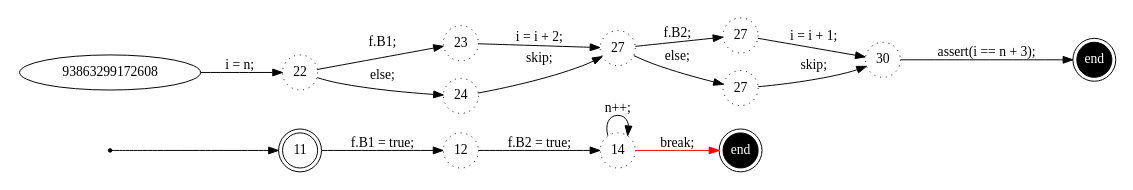
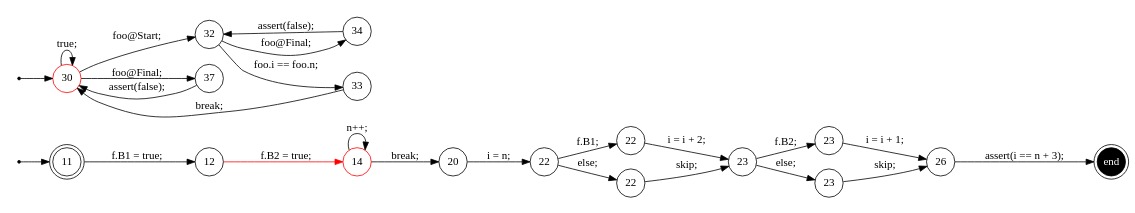
Before and after one commit to samilazregsuidi/Daedalux: the diagram in trace/3.dot, drawn with Graphviz. The commit also changed 63 other files, not shown here.

```diff
--- a/trace/3.dot
+++ b/trace/3.dot
@@ -1,32 +1,48 @@
 digraph finite_state_machine {
 	rankdir=LR
 	size="8,5"
-	93863299180128 [label = 11, shape = doublecircle, fixedsize = true]; 
-	s93863299180128 [shape = point];
-	e93863299171808 [shape = doublecircle, fixedsize = true, style = filled, fillcolor = black, fontcolor = white,  label = end];
-	e93863299175792 [shape = doublecircle, fixedsize = true, style = filled, fillcolor = black, fontcolor = white,  label = end];
-	 93863299171728 [label = 12, shape = circle, fixedsize = true , style = dotted];
-	 93863299171808 [label = 14, shape = circle, fixedsize = true , style = dotted];
-	 93863299172928 [label = 22, shape = circle, fixedsize = true , style = dotted];
-	 93863299173728 [label = 23, shape = circle, fixedsize = true , style = dotted];
-	 93863299174448 [label = 24, shape = circle, fixedsize = true , style = dotted];
-	 93863299174240 [label = 27, shape = circle, fixedsize = true , style = dotted];
-	 93863299175280 [label = 27, shape = circle, fixedsize = true , style = dotted];
-	 93863299176000 [label = 27, shape = circle, fixedsize = true , style = dotted];
-	 93863299175792 [label = 30, shape = circle, fixedsize = true , style = dotted];
-	s93863299180128 -> 93863299180128;
-	93863299180128 -> 93863299171728 [ label = "f.B1 = true; "];
-	93863299171728 -> 93863299171808 [ label = "f.B2 = true; "];
-	93863299171808 -> e93863299171808 [color = red, label = "break; "];
-	93863299171808 -> 93863299171808 [ label = "n++; "];
-	93863299172608 -> 93863299172928 [ label = "i = n; "];
-	93863299172928 -> 93863299173728 [ label = "f.B1; "];
-	93863299173728 -> 93863299174240 [ label = "i = i + 2; "];
-	93863299172928 -> 93863299174448 [ label = "else; "];
-	93863299174448 -> 93863299174240 [ label = "skip; "];
-	93863299174240 -> 93863299175280 [ label = "f.B2; "];
-	93863299175280 -> 93863299175792 [ label = "i = i + 1; "];
-	93863299174240 -> 93863299176000 [ label = "else; "];
-	93863299176000 -> 93863299175792 [ label = "skip; "];
-	93863299175792 -> e93863299175792 [ label = "assert(i == n + 3); "];
+	93824993311008 [label = 11, shape = doublecircle, fixedsize = true]; 
+	s93824993311008 [shape = point];
+	93824993307216 [label = 30, shape = doublecircle, color = red, fixedsize = true]; 
+	s93824993307216 [shape = point];
+	e93824993306544 [shape = doublecircle, fixedsize = true, style = filled, fillcolor = black, fontcolor = white,  label = end];
+	 93824993312480 [label = 12, shape = circle, fixedsize = true ];
+	 93824993302560 [label = 14, shape = circle, color = red, fixedsize = true ];
+	 93824993303360 [label = 20, shape = circle, fixedsize = true ];
+	 93824993303680 [label = 22, shape = circle, fixedsize = true ];
+	 93824993304480 [label = 22, shape = circle, fixedsize = true ];
+	 93824993305200 [label = 22, shape = circle, fixedsize = true ];
+	 93824993304992 [label = 23, shape = circle, fixedsize = true ];
+	 93824993306032 [label = 23, shape = circle, fixedsize = true ];
+	 93824993306752 [label = 23, shape = circle, fixedsize = true ];
+	 93824993306544 [label = 26, shape = circle, fixedsize = true ];
+	 93824993307216 [label = 30, shape = circle, color = red, fixedsize = true ];
+	 93824993307984 [label = 32, shape = circle, fixedsize = true ];
+	 93824993308816 [label = 33, shape = circle, fixedsize = true ];
+	 93824993309536 [label = 34, shape = circle, fixedsize = true ];
+	 93824993310048 [label = 37, shape = circle, fixedsize = true ];
+	s93824993311008 -> 93824993311008;
+	s93824993307216 -> 93824993307216;
+	93824993311008 -> 93824993312480 [ label = "f.B1 = true; "];
+	93824993312480 -> 93824993302560 [color = red, label = "f.B2 = true; "];
+	93824993302560 -> 93824993303360 [ label = "break; "];
+	93824993302560 -> 93824993302560 [ label = "n++; "];
+	93824993303360 -> 93824993303680 [ label = "i = n; "];
+	93824993303680 -> 93824993304480 [ label = "f.B1; "];
+	93824993304480 -> 93824993304992 [ label = "i = i + 2; "];
+	93824993303680 -> 93824993305200 [ label = "else; "];
+	93824993305200 -> 93824993304992 [ label = "skip; "];
+	93824993304992 -> 93824993306032 [ label = "f.B2; "];
+	93824993306032 -> 93824993306544 [ label = "i = i + 1; "];
+	93824993304992 -> 93824993306752 [ label = "else; "];
+	93824993306752 -> 93824993306544 [ label = "skip; "];
+	93824993306544 -> e93824993306544 [ label = "assert(i == n + 3); "];
+	93824993307216 -> 93824993307984 [ label = "foo@Start; "];
+	93824993307984 -> 93824993308816 [ label = "foo.i == foo.n; "];
+	93824993308816 -> 93824993307216 [ label = "break; "];
+	93824993307984 -> 93824993309536 [ label = "foo@Final; "];
+	93824993309536 -> 93824993307984 [ label = "assert(false); "];
+	93824993307216 -> 93824993310048 [ label = "foo@Final; "];
+	93824993310048 -> 93824993307216 [ label = "assert(false); "];
+	93824993307216 -> 93824993307216 [ label = "true; "];
 }
```
